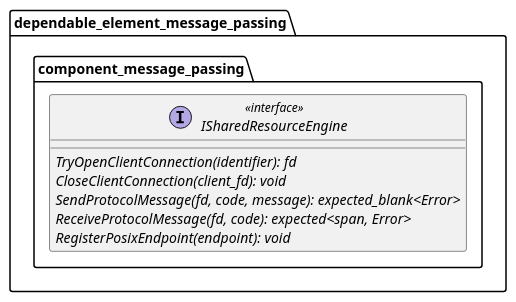
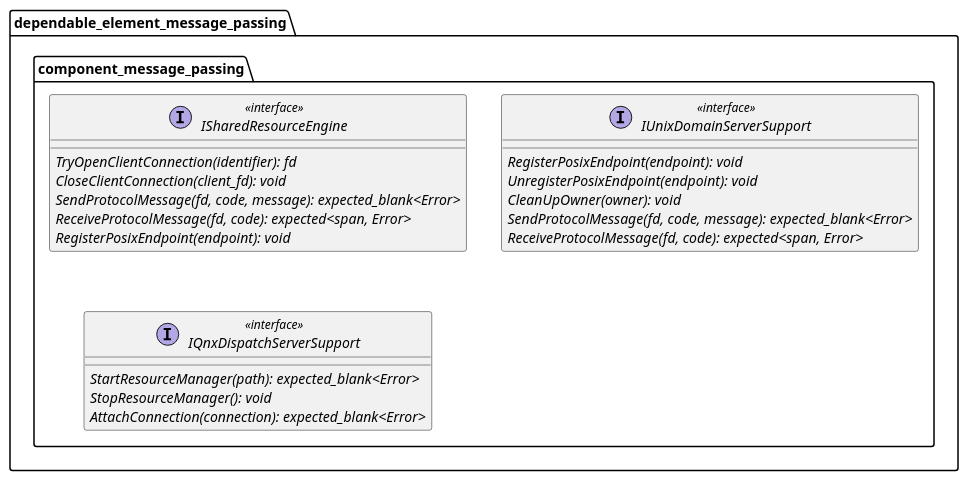
Before and after one commit to eclipse-score/communication: the diagram in score/message_passing/dependability/software_architectural_design/private_api.puml, drawn with PlantUML. The commit also changed 15 other files, not shown here.

```diff
--- a/score/message_passing/dependability/software_architectural_design/private_api.puml
+++ b/score/message_passing/dependability/software_architectural_design/private_api.puml
@@ -13,15 +13,30 @@
 @startuml
 
 namespace dependable_element_message_passing {
     namespace component_message_passing {
         interface "ISharedResourceEngine" as ISharedResourceEngine <<interface>> {
             {abstract} TryOpenClientConnection(identifier): fd
             {abstract} CloseClientConnection(client_fd): void
             {abstract} SendProtocolMessage(fd, code, message): expected_blank<Error>
             {abstract} ReceiveProtocolMessage(fd, code): expected<span, Error>
             {abstract} RegisterPosixEndpoint(endpoint): void
         }
+
+        ' Informative: engine services used by the server units; signatures are illustrative.
+        interface "IUnixDomainServerSupport" as IUnixDomainServerSupport <<interface>> {
+            {abstract} RegisterPosixEndpoint(endpoint): void
+            {abstract} UnregisterPosixEndpoint(endpoint): void
+            {abstract} CleanUpOwner(owner): void
+            {abstract} SendProtocolMessage(fd, code, message): expected_blank<Error>
+            {abstract} ReceiveProtocolMessage(fd, code): expected<span, Error>
+        }
+
+        interface "IQnxDispatchServerSupport" as IQnxDispatchServerSupport <<interface>> {
+            {abstract} StartResourceManager(path): expected_blank<Error>
+            {abstract} StopResourceManager(): void
+            {abstract} AttachConnection(connection): expected_blank<Error>
+        }
     }
 }
 
 @enduml
```
